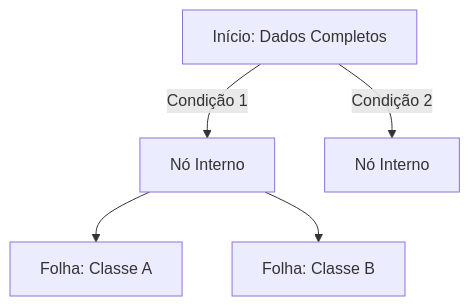
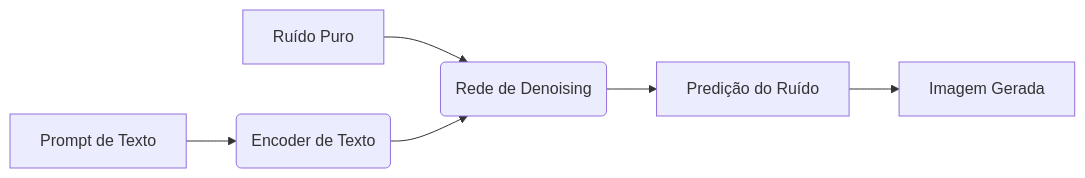
The diagram in ai-red-teaming/fundamentos.md (msiqs/mscyber), drawn with Mermaid before and after one commit. The commit also changed other lines of this file, not shown here.

````diff
--- a/ai-red-teaming/fundamentos.md
+++ b/ai-red-teaming/fundamentos.md
@@ -95,7 +149,8 @@
 ```mermaid
-graph TD;
-    A[Início: Dados Completos] -->|Condição 1| B[Nó Interno];
-    A -->|Condição 2| C[Nó Interno];
-    B --> D[Folha: Classe A];
-    B --> E[Folha: Classe B];
+graph LR
+    A[Ruído Puro] --> B(Rede de Denoising);
+    C[Prompt de Texto] --> D(Encoder de Texto);
+    D --> B;
+    B --> E[Predição do Ruído];
+    E --> F[Imagem Gerada];
 ```
````
